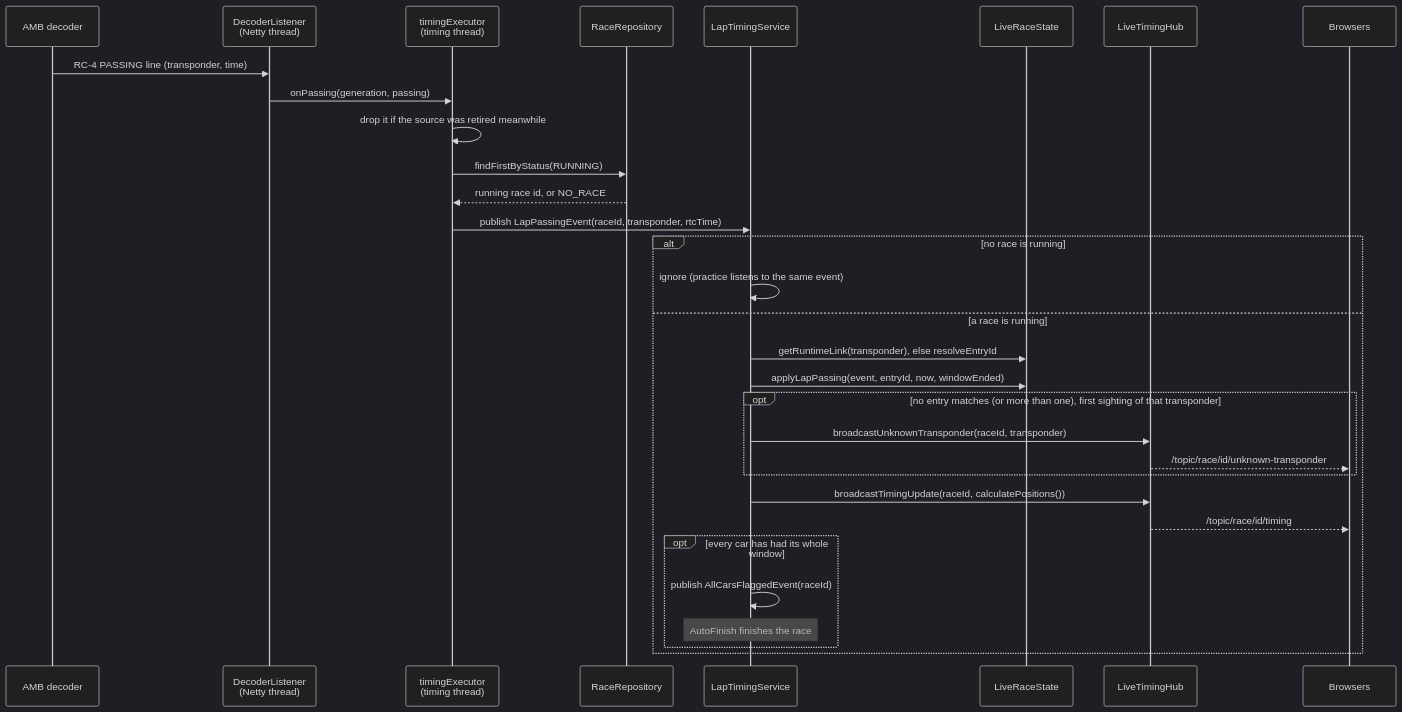
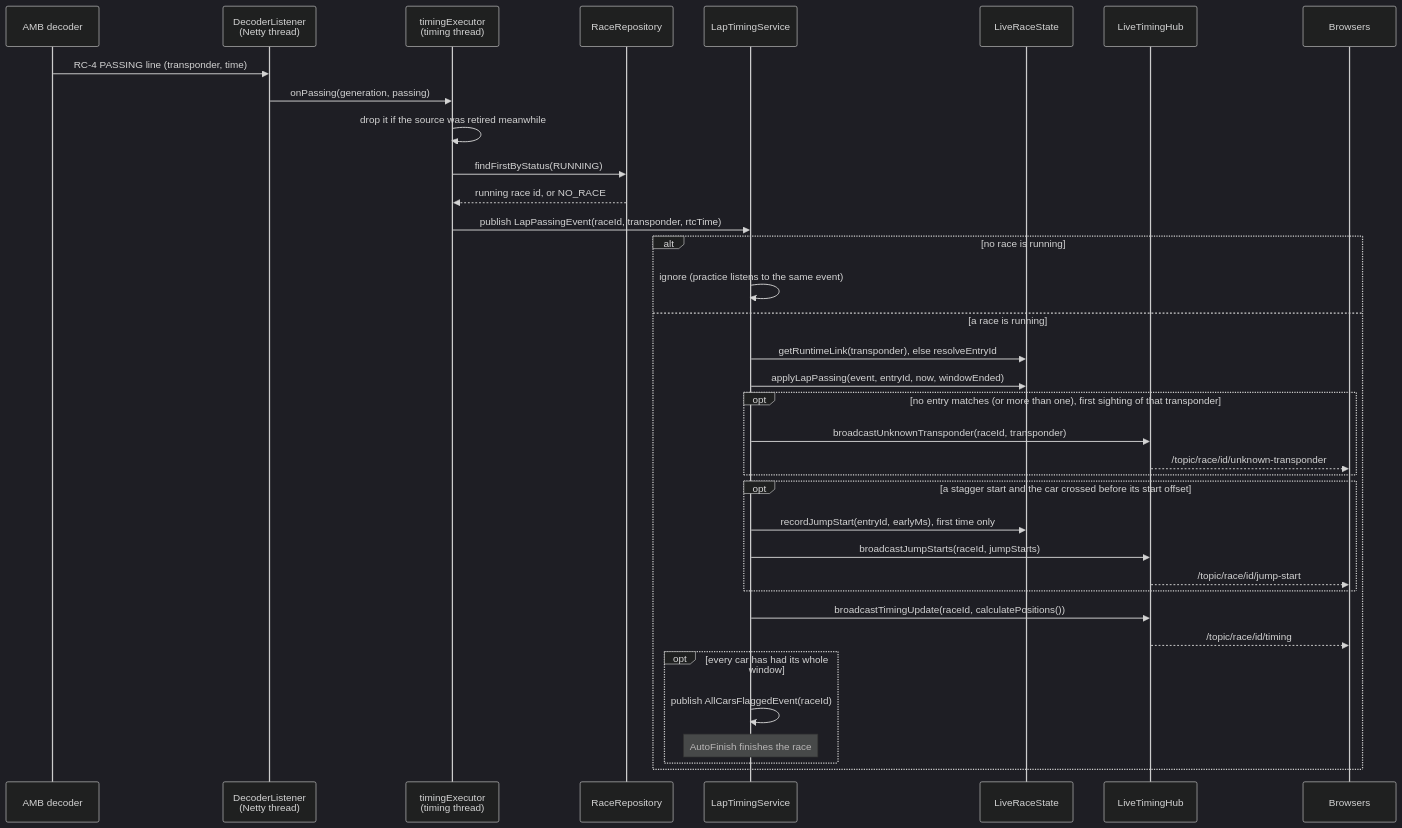
One commit to RCRaceHub/RCTimingControl changed the first of 8 diagrams in docs/developer/sequences.md. Above: the diagram before and after it, drawn with Mermaid (dark theme). The commit also changed other lines of this file and 20 other files, not shown here.

First line of the commit message:
Flag jump starts to the referee in stagger starts (#419)

````diff
--- a/docs/developer/sequences.md
+++ b/docs/developer/sequences.md
@@ -18,34 +18,39 @@
 ```mermaid
 sequenceDiagram
     participant Dec as AMB decoder
     participant DL as DecoderListener<br/>(Netty thread)
     participant TE as timingExecutor<br/>(timing thread)
     participant RR as RaceRepository
     participant LTS as LapTimingService
     participant LRS as LiveRaceState
     participant Hub as LiveTimingHub
     participant B as Browsers
 
     Dec->>DL: RC-4 PASSING line (transponder, time)
     DL->>TE: onPassing(generation, passing)
     TE->>TE: drop it if the source was retired meanwhile
     TE->>RR: findFirstByStatus(RUNNING)
     RR-->>TE: running race id, or NO_RACE
     TE->>LTS: publish LapPassingEvent(raceId, transponder, rtcTime)
     alt no race is running
         LTS->>LTS: ignore (practice listens to the same event)
     else a race is running
         LTS->>LRS: getRuntimeLink(transponder), else resolveEntryId
         LTS->>LRS: applyLapPassing(event, entryId, now, windowEnded)
         opt no entry matches (or more than one), first sighting of that transponder
             LTS->>Hub: broadcastUnknownTransponder(raceId, transponder)
             Hub-->>B: /topic/race/id/unknown-transponder
         end
+        opt a stagger start and the car crossed before its start offset
+            LTS->>LRS: recordJumpStart(entryId, earlyMs), first time only
+            LTS->>Hub: broadcastJumpStarts(raceId, jumpStarts)
+            Hub-->>B: /topic/race/id/jump-start
+        end
         LTS->>Hub: broadcastTimingUpdate(raceId, calculatePositions())
         Hub-->>B: /topic/race/id/timing
         opt every car has had its whole window
             LTS->>LTS: publish AllCarsFlaggedEvent(raceId)
             Note over LTS: AutoFinish finishes the race
         end
     end
 ```
````
